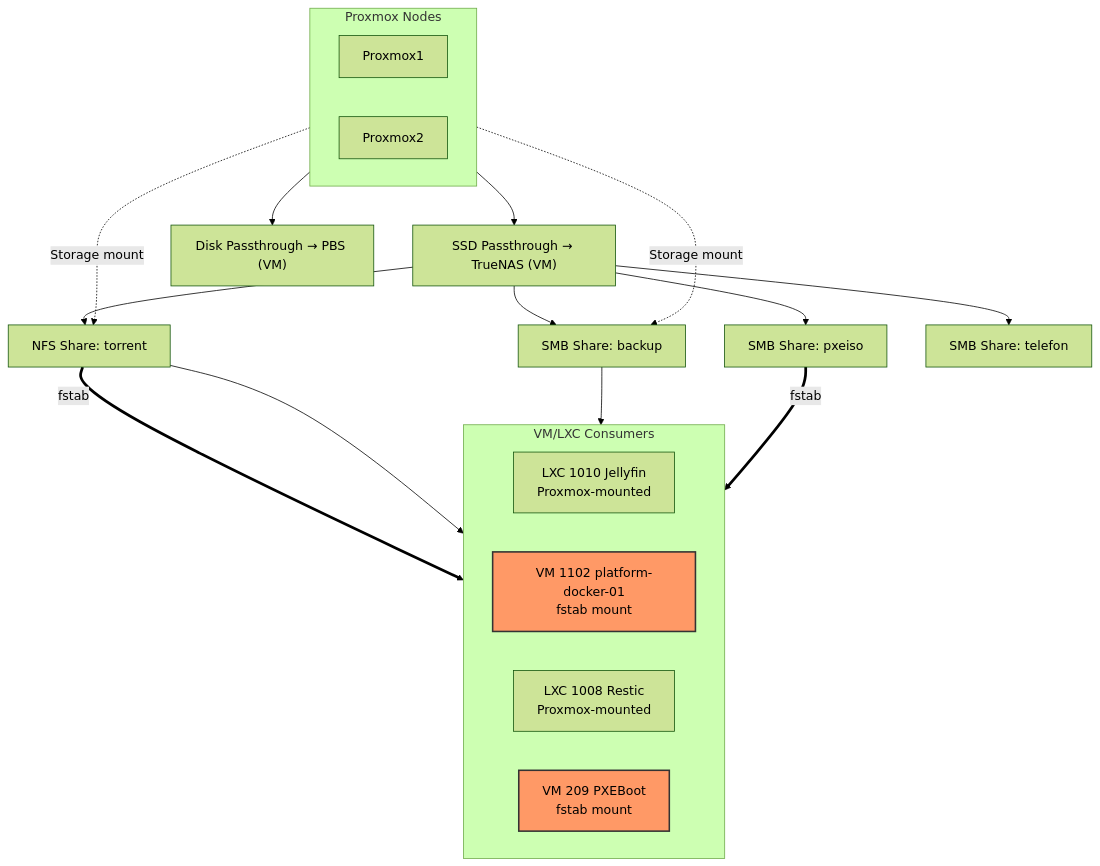
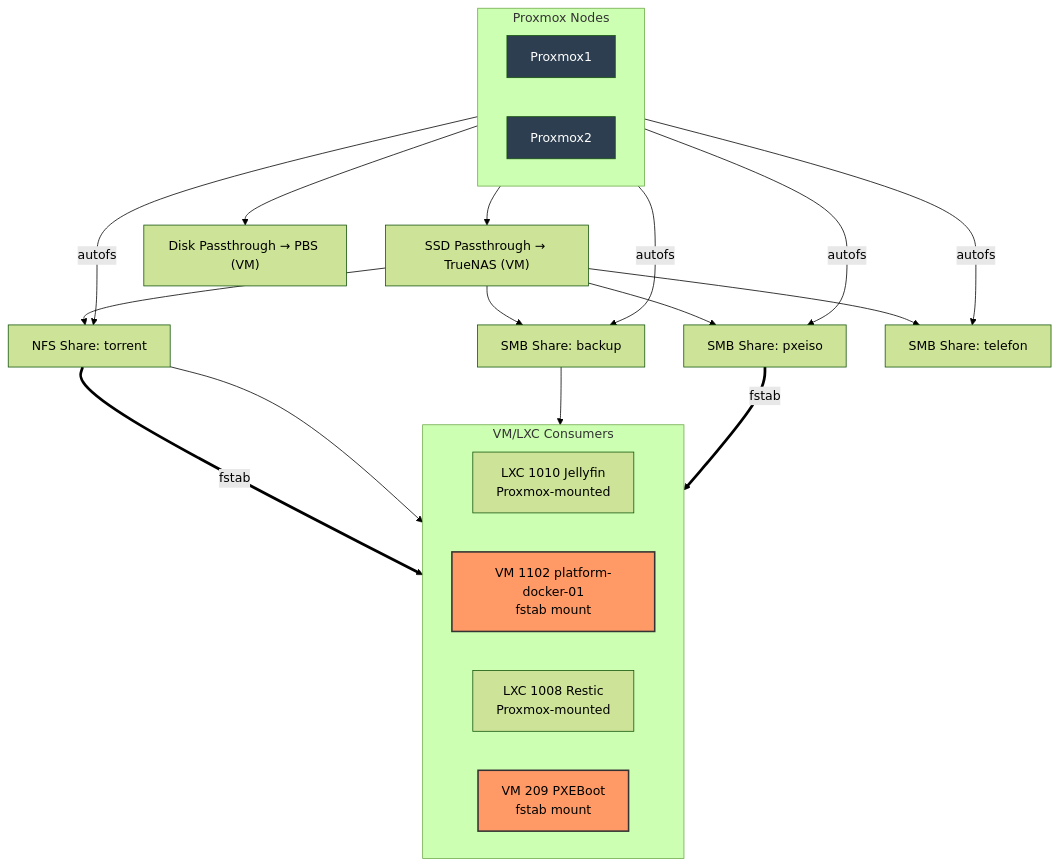
Before and after one commit to torokrolf/homelab: the first of 2 diagrams in 13-Design_Decisions/README_HU.md, drawn with Mermaid (forest theme).

````diff
--- a/13-Design_Decisions/README_HU.md
+++ b/13-Design_Decisions/README_HU.md
@@ -56,49 +56,53 @@
 ```mermaid
 flowchart TB
     %% Smooth lines
     linkStyle default interpolate basis
 
     %% Top row: Proxmox nodes side by side
     subgraph PROXMOX["Proxmox Nodes"]
         direction LR
         PVE1["Proxmox1"]
         PVE2["Proxmox2"]
     end
 
     %% Passthrough disks going directly to VMs (middle layer)
     SSD_TRUENAS["SSD Passthrough → TrueNAS (VM)"]
     SSD_PBS["Disk Passthrough → PBS (VM)"]
 
     %% Passthrough connections (PVE2 only)
     PVE2 --> SSD_TRUENAS
     PVE2 --> SSD_PBS
 
     %% TrueNAS storage exports
     SSD_TRUENAS --> NFS["NFS Share: torrent"]
     SSD_TRUENAS --> SMB1["SMB Share: backup"]
     SSD_TRUENAS --> SMB2["SMB Share: pxeiso"]
     SSD_TRUENAS --> SMB3["SMB Share: telefon"]
 
-    %% Proxmox1 mounts for LXCs
-    PVE1 -.->|Storage mount| NFS
-    PVE1 -.->|Storage mount| SMB1
+    %% Proxmox1 mounts with autofs
+    PVE1 -- "autofs" --> NFS
+    PVE1 -- "autofs" --> SMB1
+    PVE1 -- "autofs" --> SMB2
+    PVE1 -- "autofs" --> SMB3
 
     %% Consumers (bottom row)
     subgraph CONSUMERS["VM/LXC Consumers"]
         direction LR
         JELLY["LXC 1010 Jellyfin\nProxmox-mounted"]
         DOCKER["VM 1102 platform-docker-01\nfstab mount"]
         RESTIC["LXC 1008 Restic\nProxmox-mounted"]
         PXEVM["VM 209 PXEBoot\nfstab mount"]
     end
 
     %% Storage → Consumers connections
     NFS ==>|fstab| DOCKER
     NFS --> JELLY
     SMB1 --> RESTIC
     SMB2 ==>|fstab| PXEVM
     
-    %% Note for clarity
+    %% Styling
     classDef fstab fill:#f96,stroke:#333,stroke-width:2px;
     class DOCKER,PXEVM fstab;
+    classDef pve fill:#2c3e50,color:#fff;
+    class PVE1,PVE2 pve;
 ```
````
